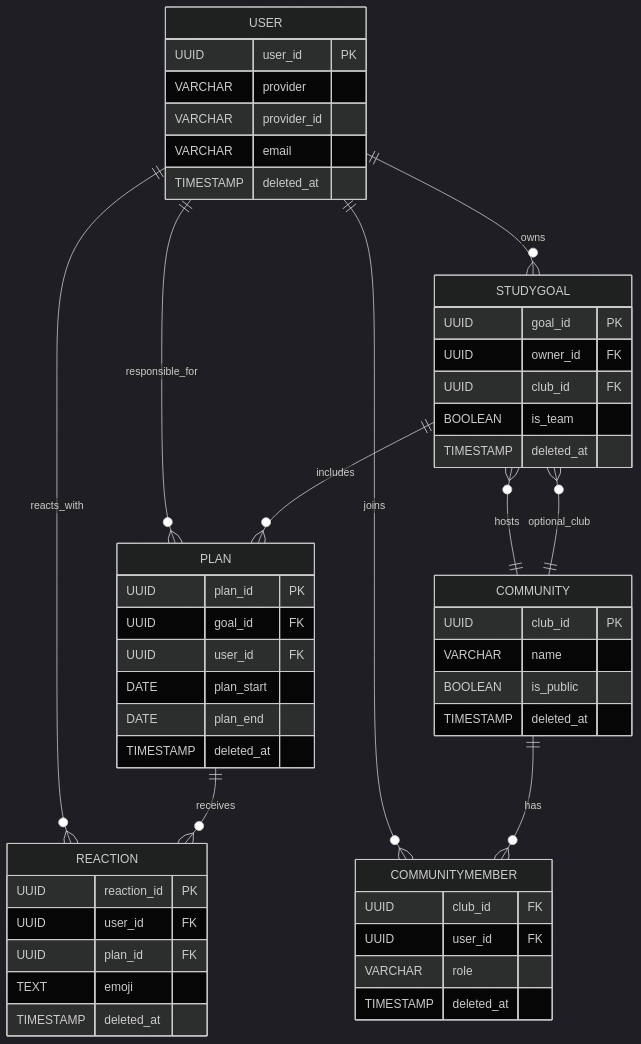
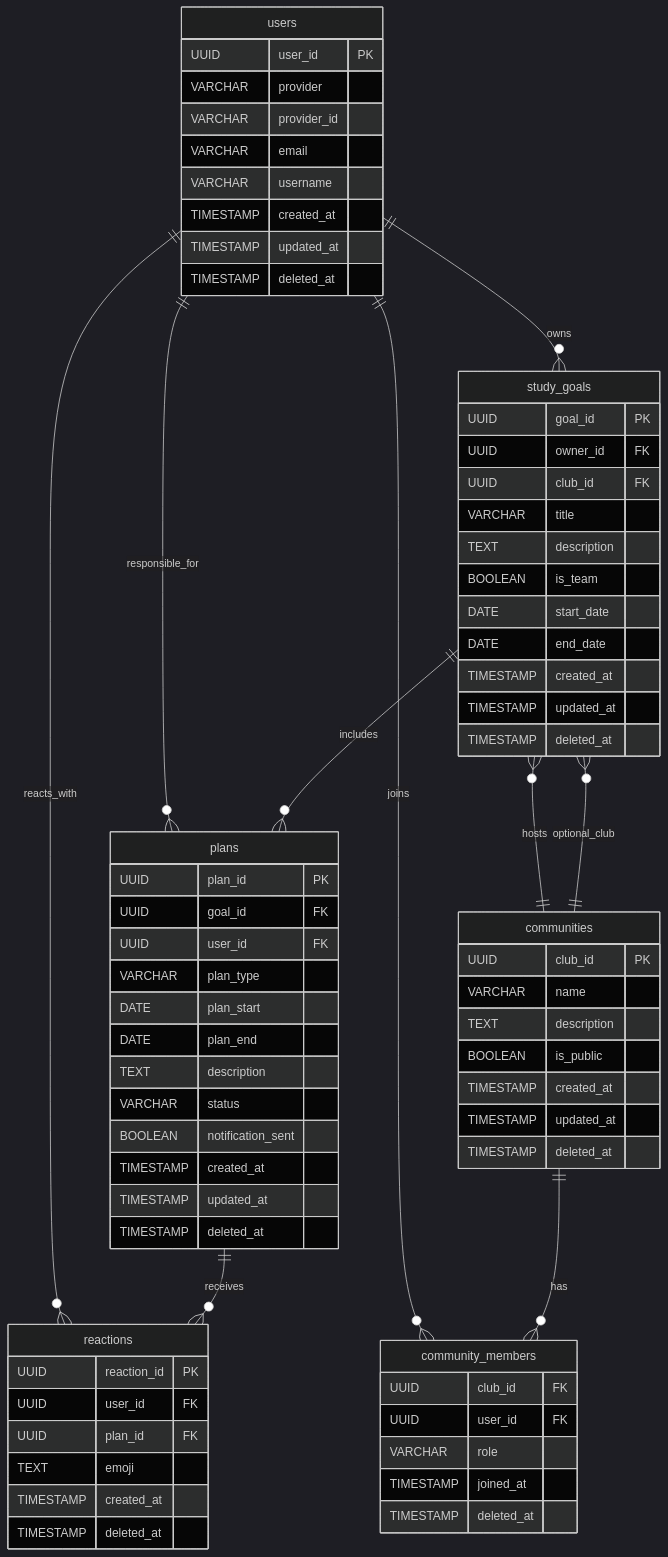
Before and after one commit to FRONTENDBOOTCAMP-14th/react_project_1: the diagram in docs/data-model.md, drawn with Mermaid (dark theme). The commit also changed other lines of this file, not shown here.

Commit message:
docs: ERD에 스키마 전체 내용을 적용하고 스네이크 케이스 컨벤션 적용

````diff
--- a/docs/data-model.md
+++ b/docs/data-model.md
@@ -5,54 +5,79 @@
 ```mermaid
 erDiagram
-    USER {
+    users {
         UUID user_id PK
         VARCHAR provider
         VARCHAR provider_id
         VARCHAR email
+        VARCHAR username
+        TIMESTAMP created_at
+        TIMESTAMP updated_at
         TIMESTAMP deleted_at
     }
-    STUDYGOAL {
+    
+    study_goals {
         UUID goal_id PK
         UUID owner_id FK
         UUID club_id FK
+        VARCHAR title
+        TEXT description
         BOOLEAN is_team
+        DATE start_date
+        DATE end_date
+        TIMESTAMP created_at
+        TIMESTAMP updated_at
         TIMESTAMP deleted_at
     }
-    PLAN {
+    
+    plans {
         UUID plan_id PK
         UUID goal_id FK
         UUID user_id FK
+        VARCHAR plan_type
         DATE plan_start
         DATE plan_end
+        TEXT description
+        VARCHAR status
+        BOOLEAN notification_sent
+        TIMESTAMP created_at
+        TIMESTAMP updated_at
         TIMESTAMP deleted_at
     }
-    REACTION {
+    
+    reactions {
         UUID reaction_id PK
         UUID user_id FK
         UUID plan_id FK
         TEXT emoji
+        TIMESTAMP created_at
         TIMESTAMP deleted_at
     }
-    COMMUNITY {
+    
+    communities {
         UUID club_id PK
         VARCHAR name
+        TEXT description
         BOOLEAN is_public
+        TIMESTAMP created_at
+        TIMESTAMP updated_at
         TIMESTAMP deleted_at
     }
-    COMMUNITYMEMBER {
+    
+    community_members {
         UUID club_id FK
         UUID user_id FK
         VARCHAR role
+        TIMESTAMP joined_at
         TIMESTAMP deleted_at
     }
 
-    USER ||--o{ STUDYGOAL : owns
-    STUDYGOAL ||--o{ PLAN : includes
-    USER ||--o{ PLAN : responsible_for
-    PLAN ||--o{ REACTION : receives
-    USER ||--o{ REACTION : reacts_with
-    COMMUNITY ||--o{ STUDYGOAL : hosts
-    STUDYGOAL }o--|| COMMUNITY : optional_club
-    COMMUNITY ||--o{ COMMUNITYMEMBER : has
-    USER ||--o{ COMMUNITYMEMBER : joins
+    users ||--o{ study_goals : owns
+    study_goals ||--o{ plans : includes
+    users ||--o{ plans : responsible_for
+    plans ||--o{ reactions : receives
+    users ||--o{ reactions : reacts_with
+    communities ||--o{ study_goals : hosts
+    study_goals }o--|| communities : optional_club
+    communities ||--o{ community_members : has
+    users ||--o{ community_members : joins
 ```
````
